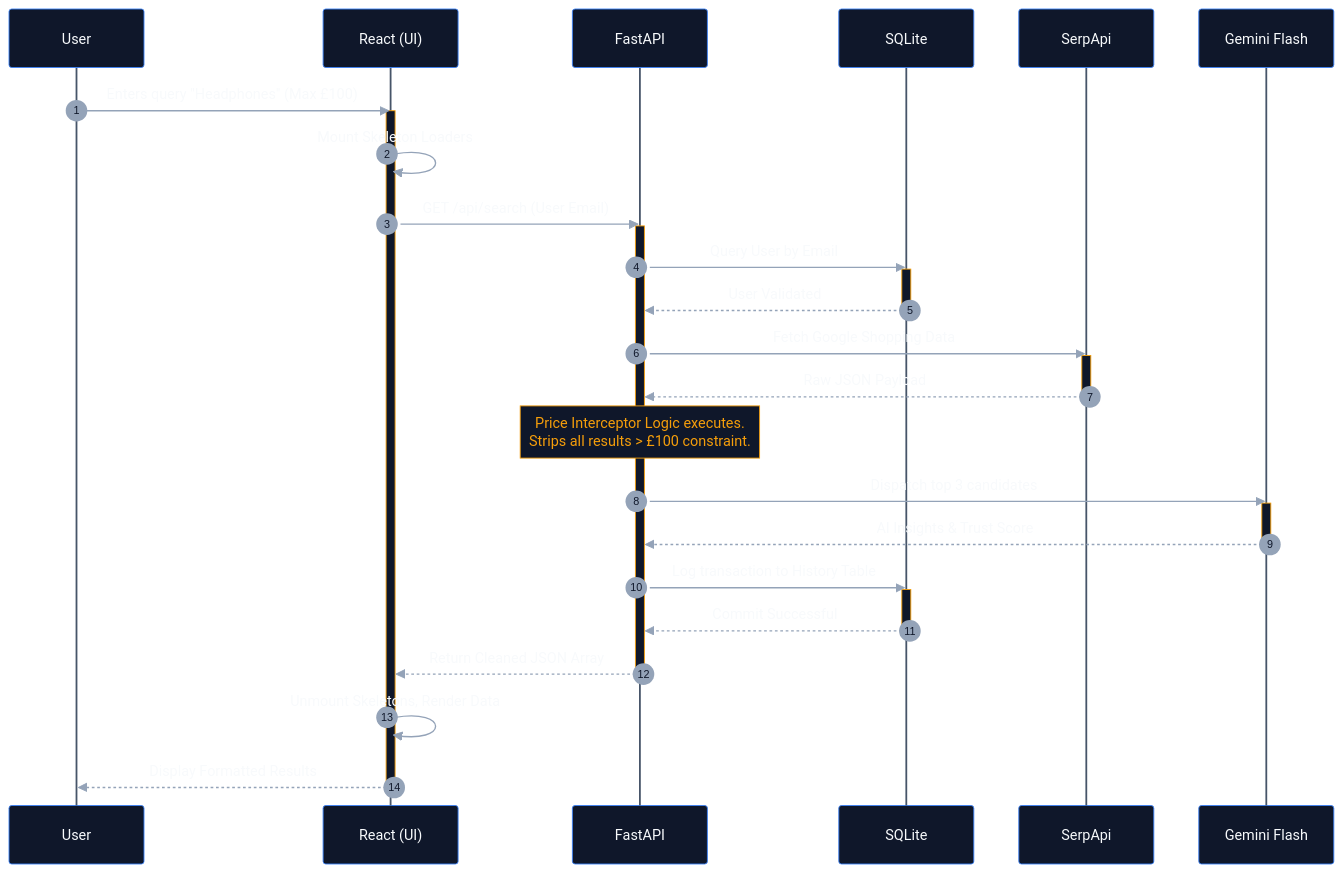
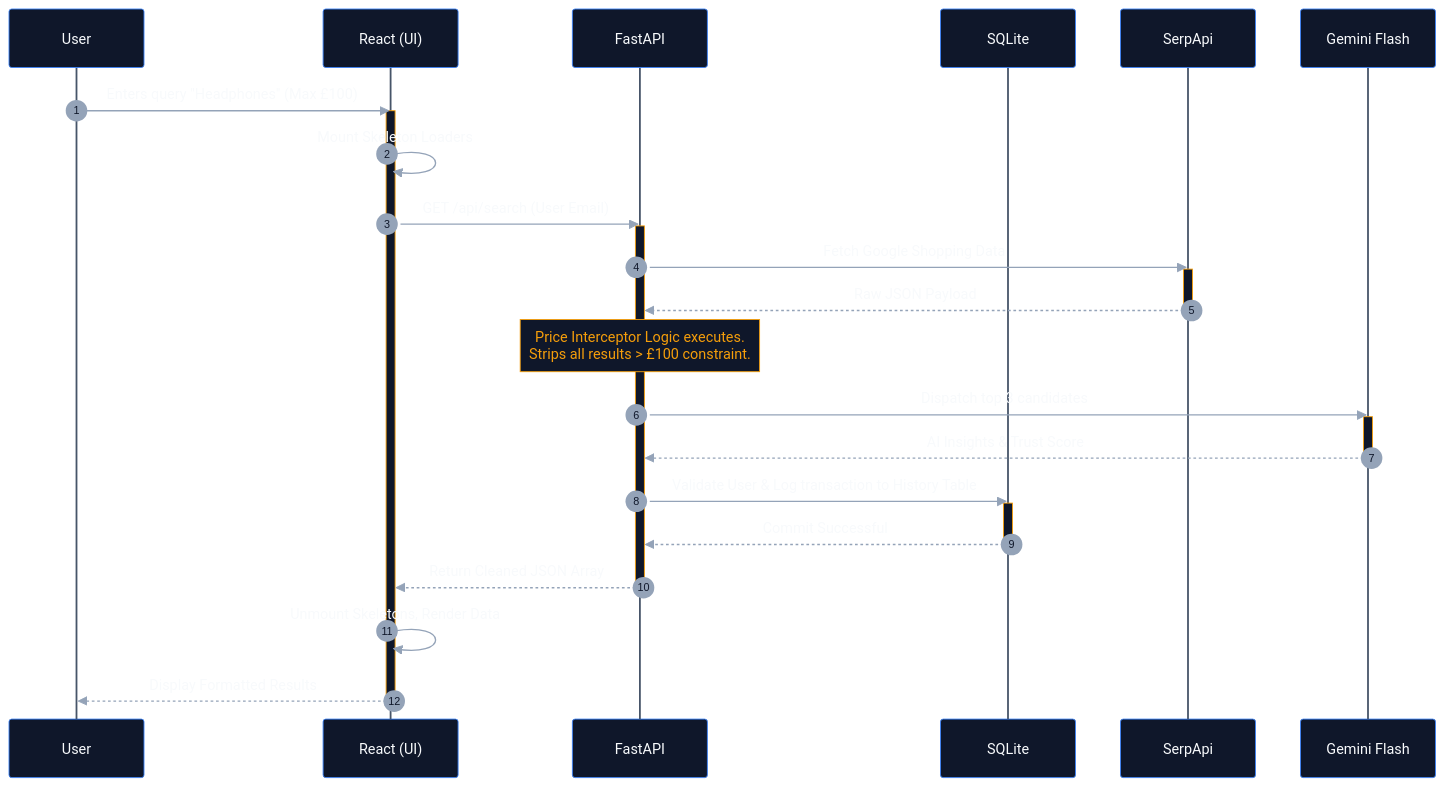
Before and after one commit to SriVigneswaran7/Honey-Hive: the second of 3 diagrams in SystemModelling.md, drawn with Mermaid. The commit also changed other lines of this file, not shown here.

````diff
--- a/SystemModelling.md
+++ b/SystemModelling.md
@@ -102,67 +102,62 @@
 ```mermaid
 %%{init: {
   'theme': 'base',
   'themeVariables': {
     'fontFamily': 'sans-serif',
     'background': 'transparent',
     'actorBkg': '#0f172a',
     'actorBorder': '#3b82f6',
     'actorTextColor': '#f8fafc',
     'actorLineColor': '#475569',
     'signalColor': '#94a3b8',
     'signalTextColor': '#f8fafc',
     'noteBkgColor': '#0f172a',
     'noteBorderColor': '#f59e0b',
     'noteTextColor': '#f59e0b',
     'activationBorderColor': '#f59e0b',
     'activationBkgColor': '#0f172a',
     'sequenceNumberColor': '#0f172a'
   }
 }}%%
 sequenceDiagram
     autonumber
     
     participant U as User
     participant FE as React (UI)
     participant API as FastAPI
     participant DB as SQLite
     participant Serp as SerpApi
     participant Gem as Gemini Flash
 
     U->>FE: Enters query "Headphones" (Max £100)
     activate FE
     FE->>FE: Mount Skeleton Loaders
     
     FE->>API: GET /api/search (User Email)
     activate API
     
-    API->>DB: Query User by Email
-    activate DB
-    DB-->>API: User Validated
-    deactivate DB
-    
     API->>Serp: Fetch Google Shopping Data
     activate Serp
     Serp-->>API: Raw JSON Payload
     deactivate Serp
     
     %% Clean, glowing system event note
     Note over API: Price Interceptor Logic executes.<br/>Strips all results > £100 constraint.
     
     API->>Gem: Dispatch top 3 candidates
     activate Gem
     Gem-->>API: AI Insights & Trust Score
     deactivate Gem
     
-    API->>DB: Log transaction to History Table
+    API->>DB: Validate User & Log transaction to History Table
     activate DB
     DB-->>API: Commit Successful
     deactivate DB
     
     API-->>FE: Return Cleaned JSON Array
     deactivate API
     
     FE->>FE: Unmount Skeletons, Render Data
     FE-->>U: Display Formatted Results
     deactivate FE
 ```
````
